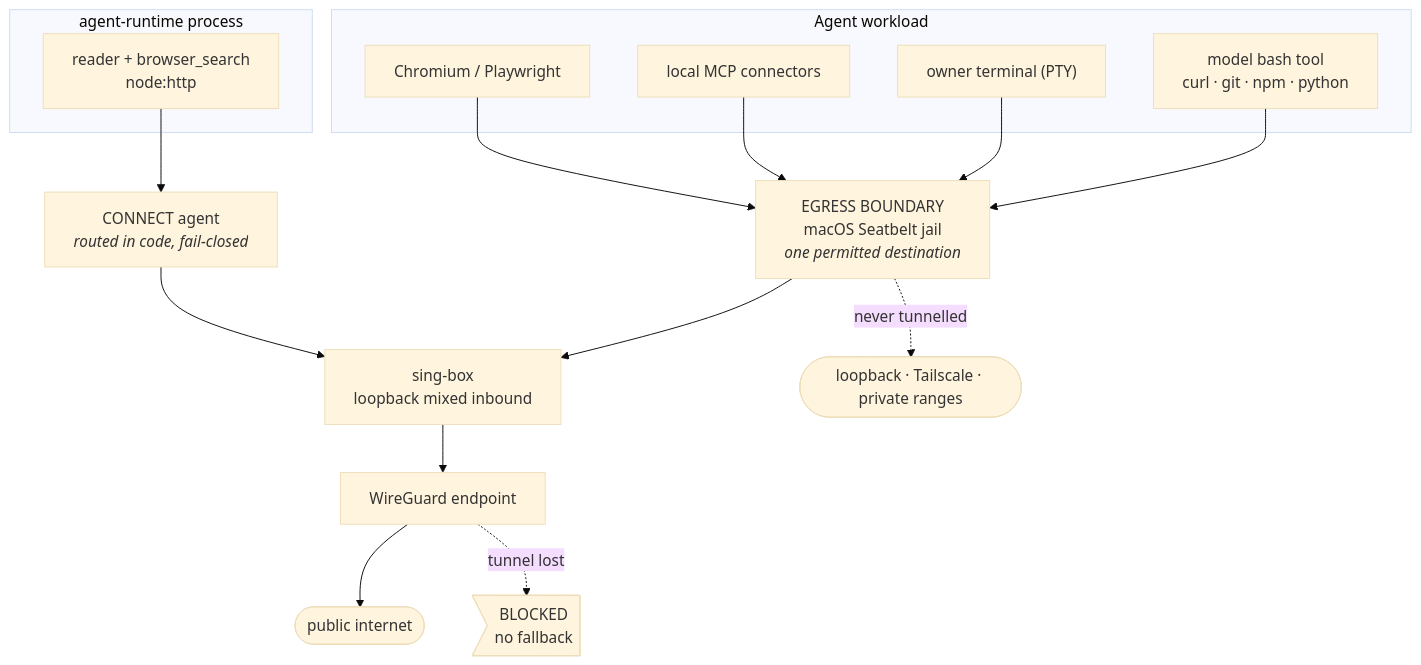
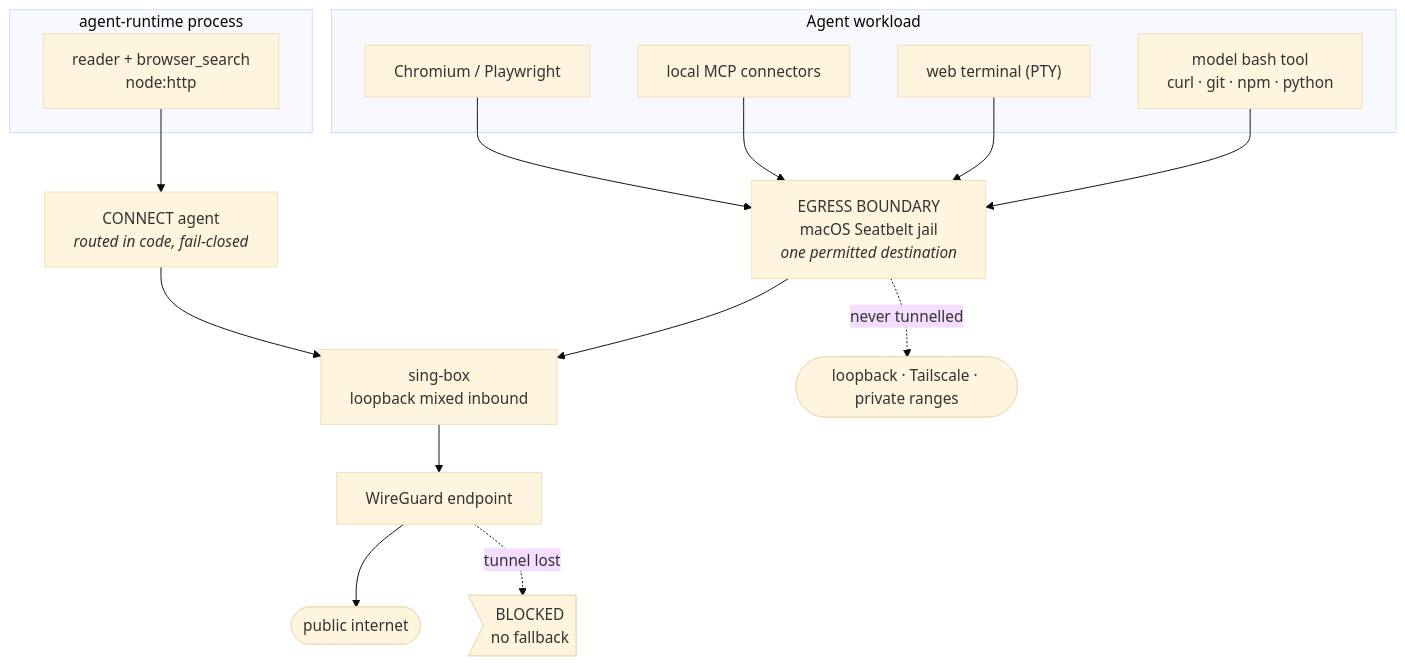
Before and after one commit to matheusbgodoi/local-studio: the diagram in docs/protected-networking.md, drawn with Mermaid (base theme). The commit also changed other lines of this file and 3 other files, not shown here.

````diff
--- a/docs/protected-networking.md
+++ b/docs/protected-networking.md
@@ -60,34 +60,34 @@
 ```mermaid
 flowchart TD
     subgraph workload["Agent workload"]
         shell["model bash tool<br/>curl · git · npm · python"]
-        pty["owner terminal (PTY)"]
+        pty["web terminal (PTY)"]
         mcp["local MCP connectors"]
         chrome["Chromium / Playwright"]
     end
 
     subgraph inproc["agent-runtime process"]
         reader["reader + browser_search<br/>node:http"]
     end
 
     jail["EGRESS BOUNDARY<br/>macOS Seatbelt jail<br/><i>one permitted destination</i>"]
     agentcode["CONNECT agent<br/><i>routed in code, fail-closed</i>"]
     proxy["sing-box<br/>loopback mixed inbound"]
     wg["WireGuard endpoint"]
     net(["public internet"])
     blocked>"BLOCKED<br/>no fallback"]
 
     shell --> jail
     pty --> jail
     mcp --> jail
     chrome --> jail
     reader --> agentcode
 
     jail --> proxy
     agentcode --> proxy
     proxy --> wg --> net
     wg -.->|tunnel lost| blocked
 
     lo(["loopback · Tailscale · private ranges"])
     jail -.->|never tunnelled| lo
 ```
````
